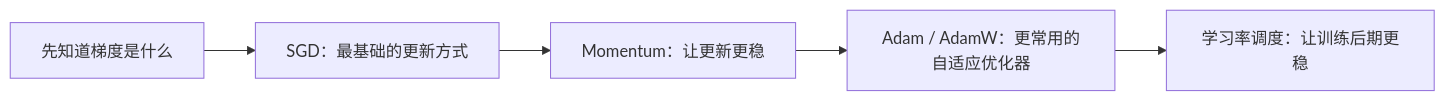
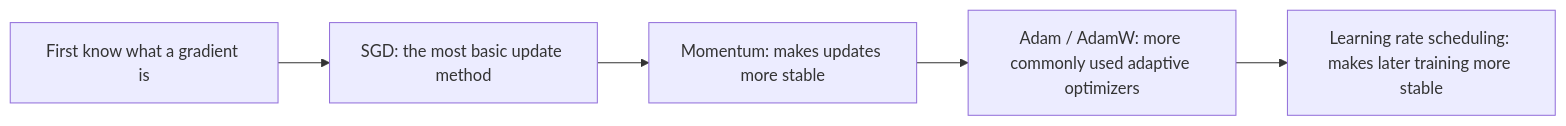
One commit to oudbiao/AI-fullstack-course changed the first of 2 diagrams in docs/ch06-deep-learning/ch01-nn-basics/03-optimizers.md. Above: the diagram before and after it, drawn with Mermaid. The commit also changed other lines of this file and 1406 other files, not shown here.

````diff
--- a/docs/ch06-deep-learning/ch01-nn-basics/03-optimizers.md
+++ b/docs/ch06-deep-learning/ch01-nn-basics/03-optimizers.md
@@ -29,7 +29,7 @@
 ```mermaid
 flowchart LR
-    A["先知道梯度是什么"] --> B["SGD：最基础的更新方式"]
-    B --> C["Momentum：让更新更稳"]
-    C --> D["Adam / AdamW：更常用的自适应优化器"]
-    D --> E["学习率调度：让训练后期更稳"]
+    A["First know what a gradient is"] --> B["SGD: the most basic update method"]
+    B --> C["Momentum: makes updates more stable"]
+    C --> D["Adam / AdamW: more commonly used adaptive optimizers"]
+    D --> E["Learning rate scheduling: makes later training more stable"]
 ```
````
